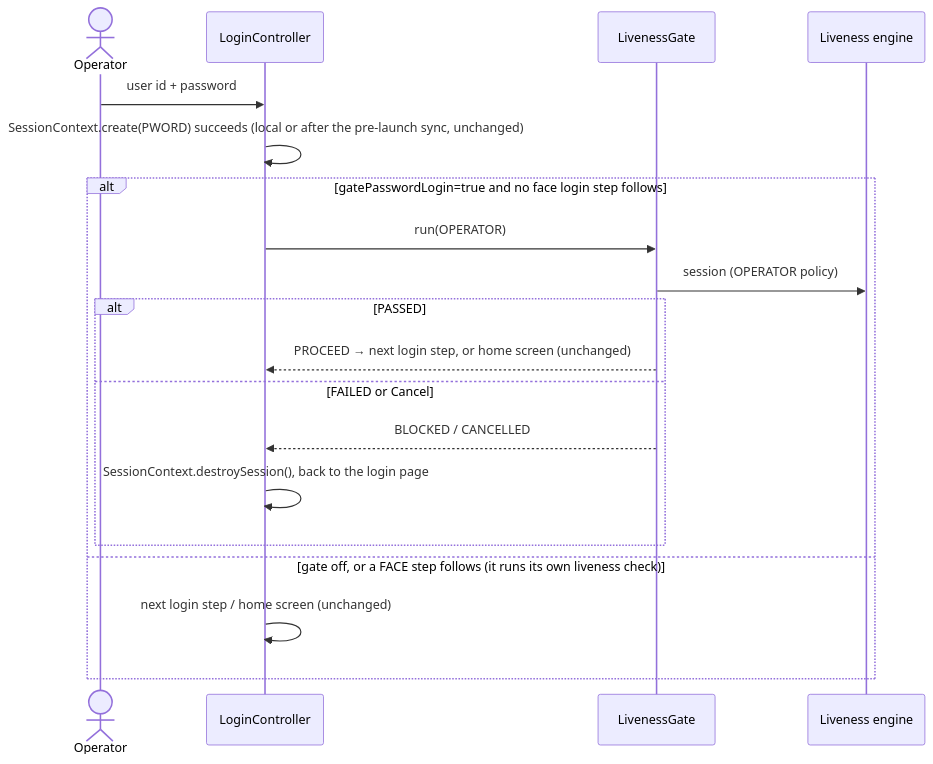
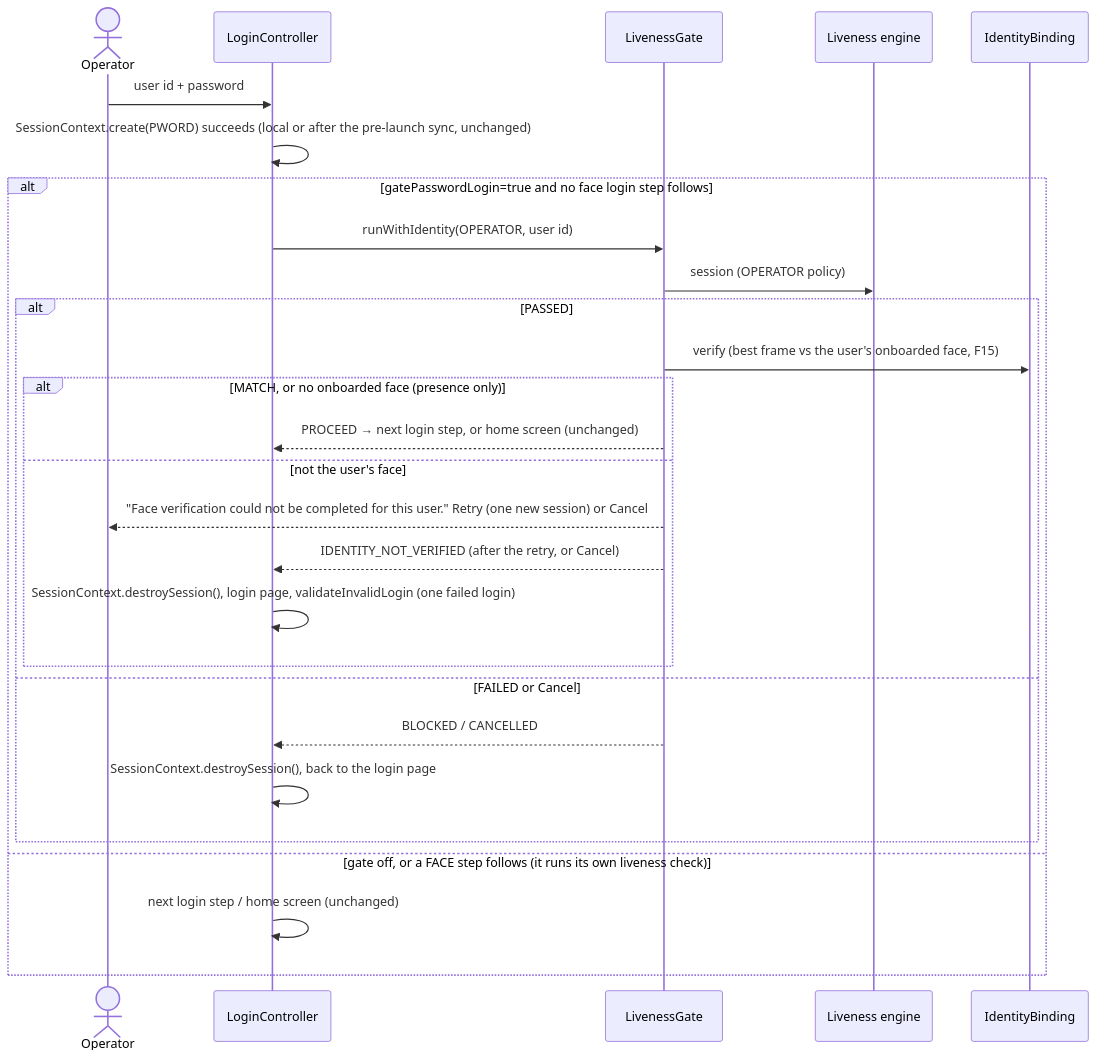
Before and after one commit to ChadDadChag/Mosip26: the fourth of 9 diagrams in docs/part4-desktop-integration.md, drawn with Mermaid. The commit also changed other lines of this file and 1 other file, not shown here.

````diff
--- a/docs/part4-desktop-integration.md
+++ b/docs/part4-desktop-integration.md
@@ -241,22 +291,30 @@
 ```mermaid
 sequenceDiagram
     actor Op as Operator
     participant L as LoginController
     participant G as LivenessGate
     participant E as Liveness engine
+    participant I as IdentityBinding
 
     Op->>L: user id + password
     L->>L: SessionContext.create(PWORD) succeeds (local or after the pre-launch sync, unchanged)
     alt gatePasswordLogin=true and no face login step follows
-        L->>G: run(OPERATOR)
+        L->>G: runWithIdentity(OPERATOR, user id)
         G->>E: session (OPERATOR policy)
         alt PASSED
-            G-->>L: PROCEED → next login step, or home screen (unchanged)
+            G->>I: verify (best frame vs the user's onboarded face, F15)
+            alt MATCH, or no onboarded face (presence only)
+                G-->>L: PROCEED → next login step, or home screen (unchanged)
+            else not the user's face
+                G-->>Op: "Face verification could not be completed for this user." Retry (one new session) or Cancel
+                G-->>L: IDENTITY_NOT_VERIFIED (after the retry, or Cancel)
+                L->>L: SessionContext.destroySession(), login page, validateInvalidLogin (one failed login)
+            end
         else FAILED or Cancel
             G-->>L: BLOCKED / CANCELLED
             L->>L: SessionContext.destroySession(), back to the login page
         end
     else gate off, or a FACE step follows (it runs its own liveness check)
         L->>L: next login step / home screen (unchanged)
     end
 ```
````
